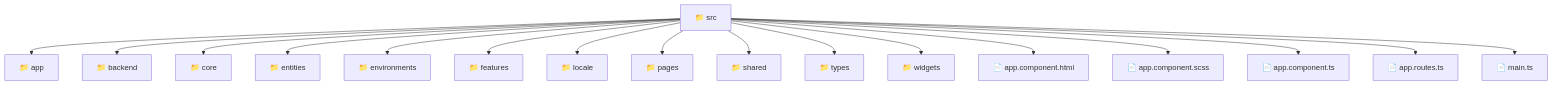
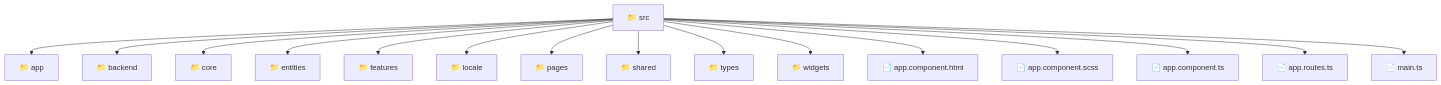
Before and after one commit to beginwebdev2002/fullstack-mavluda: the diagram in frontend/src/README.md, drawn with Mermaid. The commit also changed other lines of this file and 161 other files, not shown here.

First line of the commit message:
docs: generate localized architectural READMEs across all directories

````diff
--- a/frontend/src/README.md
+++ b/frontend/src/README.md
@@ -9,20 +9,19 @@
 ```mermaid
 graph TD
-  Root["📁 src"]
-  Root --> app["📁 app"]
-  Root --> backend["📁 backend"]
-  Root --> core["📁 core"]
-  Root --> entities["📁 entities"]
-  Root --> environments["📁 environments"]
-  Root --> features["📁 features"]
-  Root --> locale["📁 locale"]
-  Root --> pages["📁 pages"]
-  Root --> shared["📁 shared"]
-  Root --> types["📁 types"]
-  Root --> widgets["📁 widgets"]
-  Root --> app_component_html["📄 app.component.html"]
-  Root --> app_component_scss["📄 app.component.scss"]
-  Root --> app_component_ts["📄 app.component.ts"]
-  Root --> app_routes_ts["📄 app.routes.ts"]
-  Root --> main_ts["📄 main.ts"]
+  src["📁 src"]
+  src --> app["📁 app"]
+  src --> backend["📁 backend"]
+  src --> core["📁 core"]
+  src --> entities["📁 entities"]
+  src --> features["📁 features"]
+  src --> locale["📁 locale"]
+  src --> pages["📁 pages"]
+  src --> shared["📁 shared"]
+  src --> types["📁 types"]
+  src --> widgets["📁 widgets"]
+  src --> app_component_html["📄 app.component.html"]
+  src --> app_component_scss["📄 app.component.scss"]
+  src --> app_component_ts["📄 app.component.ts"]
+  src --> app_routes_ts["📄 app.routes.ts"]
+  src --> main_ts["📄 main.ts"]
 ```
````
